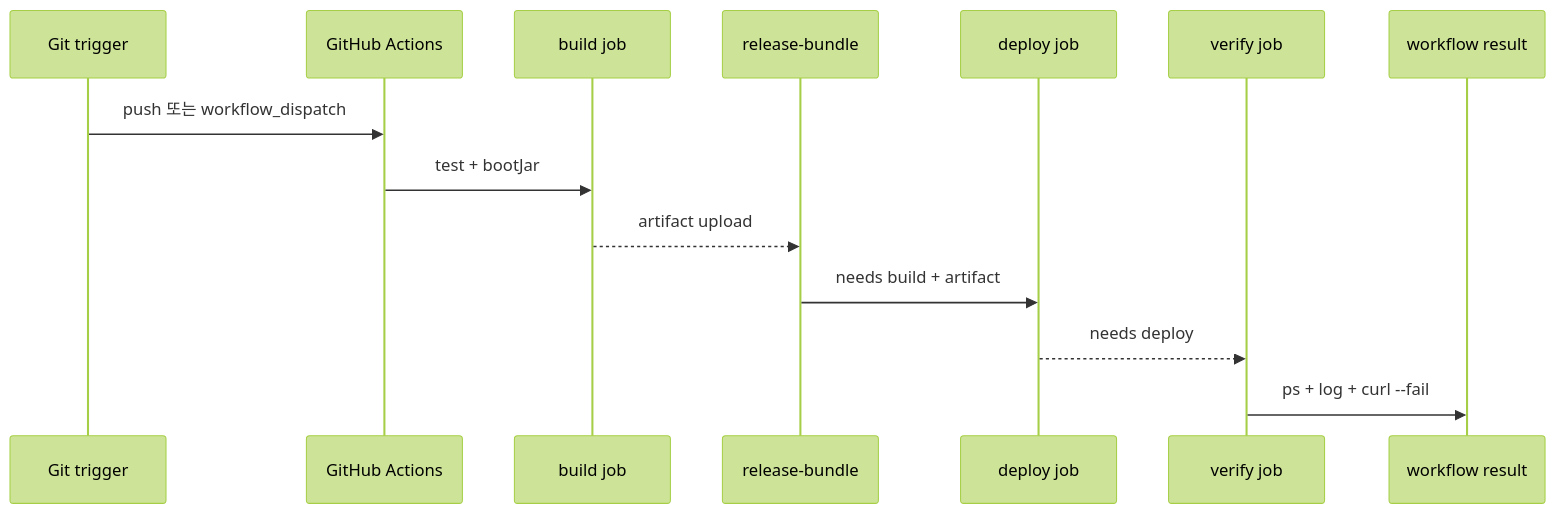
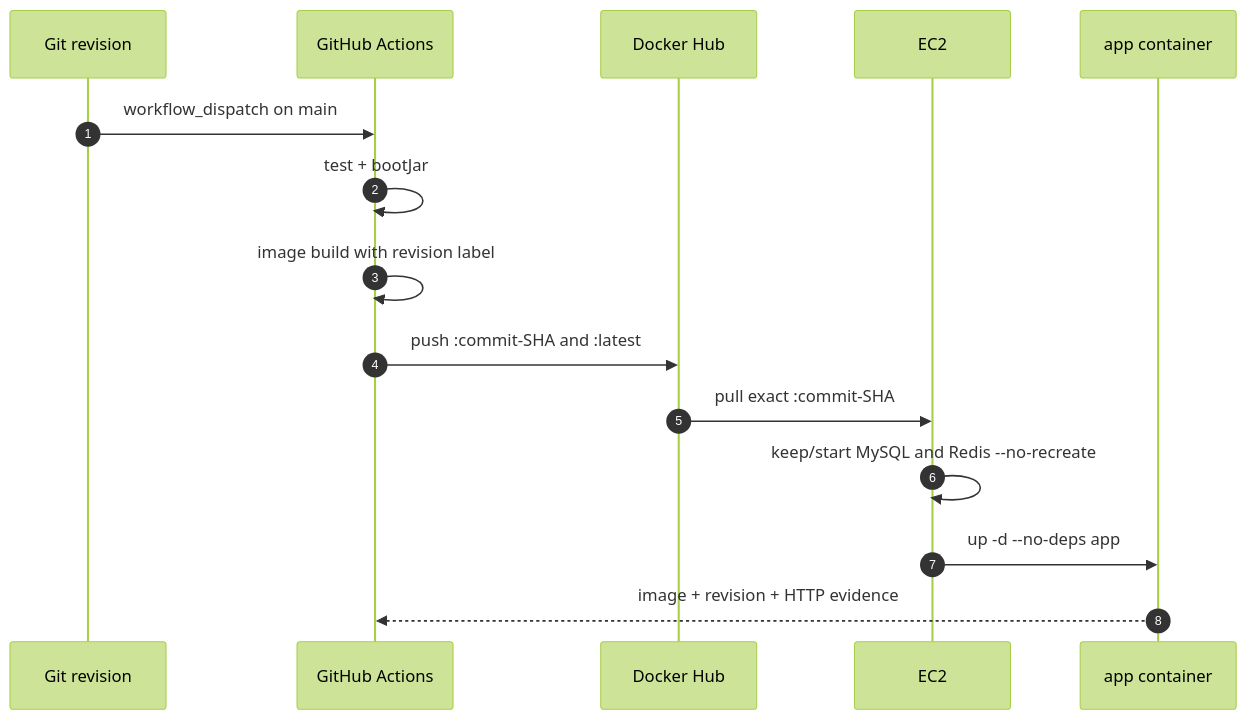
One commit to stdiodh/spring-boot-cicd-deployment-lab changed the second of 2 diagrams in docs/theory.md. Above: the diagram before and after it, drawn with Mermaid (forest theme). The commit also changed other lines of this file and 14 other files, not shown here.

````diff
--- a/docs/theory.md
+++ b/docs/theory.md
@@ -100,16 +87,18 @@
 ```mermaid
 sequenceDiagram
-    participant G as Git trigger
-    participant A as GitHub Actions
-    participant B as build job
-    participant R as release-bundle
-    participant D as deploy job
-    participant V as verify job
-    participant O as workflow result
-    G->>A: push 또는 workflow_dispatch
-    A->>B: test + bootJar
-    B-->>R: artifact upload
-    R->>D: needs build + artifact
-    D-->>V: needs deploy
-    V->>O: ps + log + curl --fail
+    autonumber
+    participant Git as Git revision
+    participant CI as GitHub Actions
+    participant Hub as Docker Hub
+    participant EC2 as EC2
+    participant App as app container
+
+    Git->>CI: workflow_dispatch on main
+    CI->>CI: test + bootJar
+    CI->>CI: image build with revision label
+    CI->>Hub: push :commit-SHA and :latest
+    Hub->>EC2: pull exact :commit-SHA
+    EC2->>EC2: keep/start MySQL and Redis --no-recreate
+    EC2->>App: up -d --no-deps app
+    App-->>CI: image + revision + HTTP evidence
 ```
````
